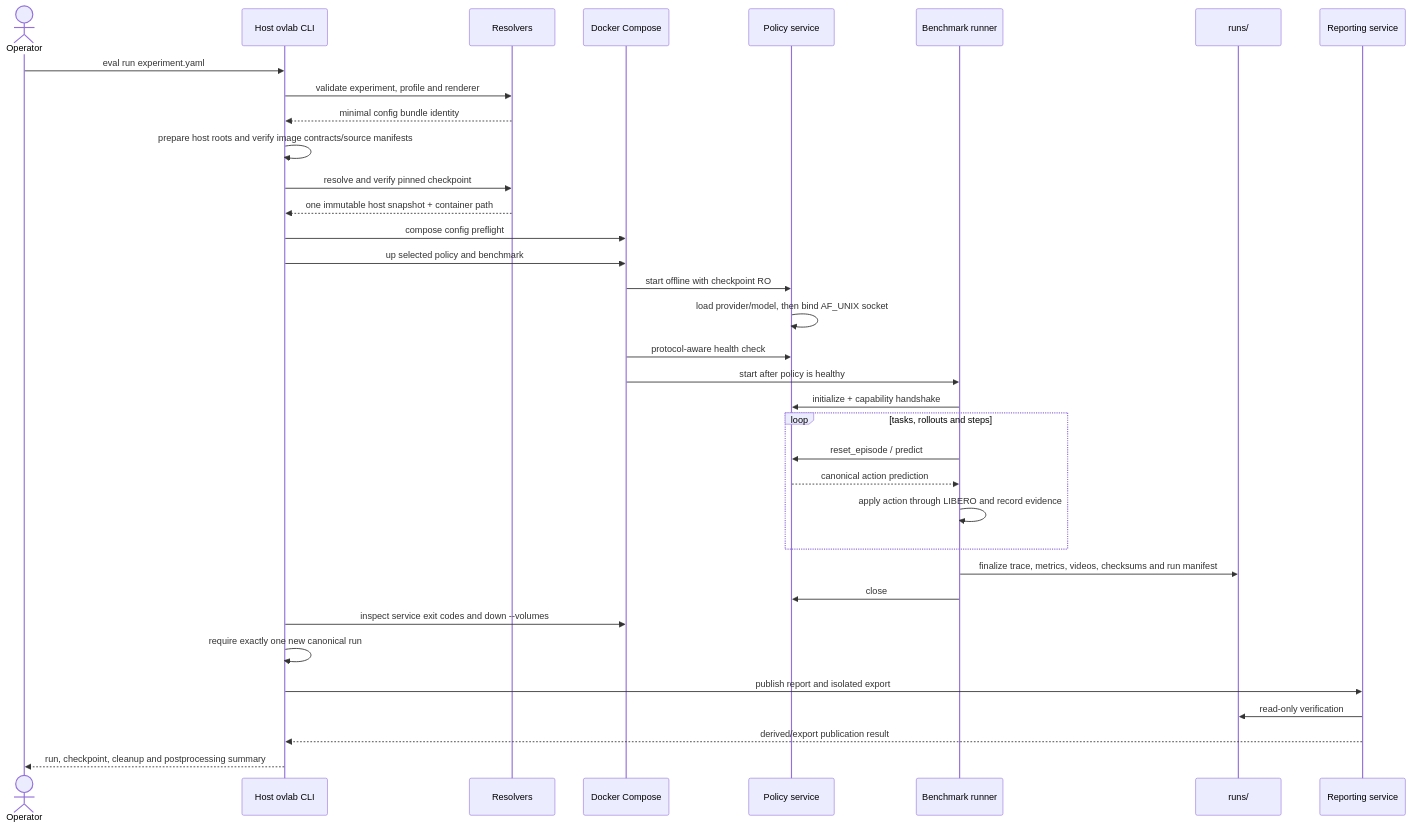
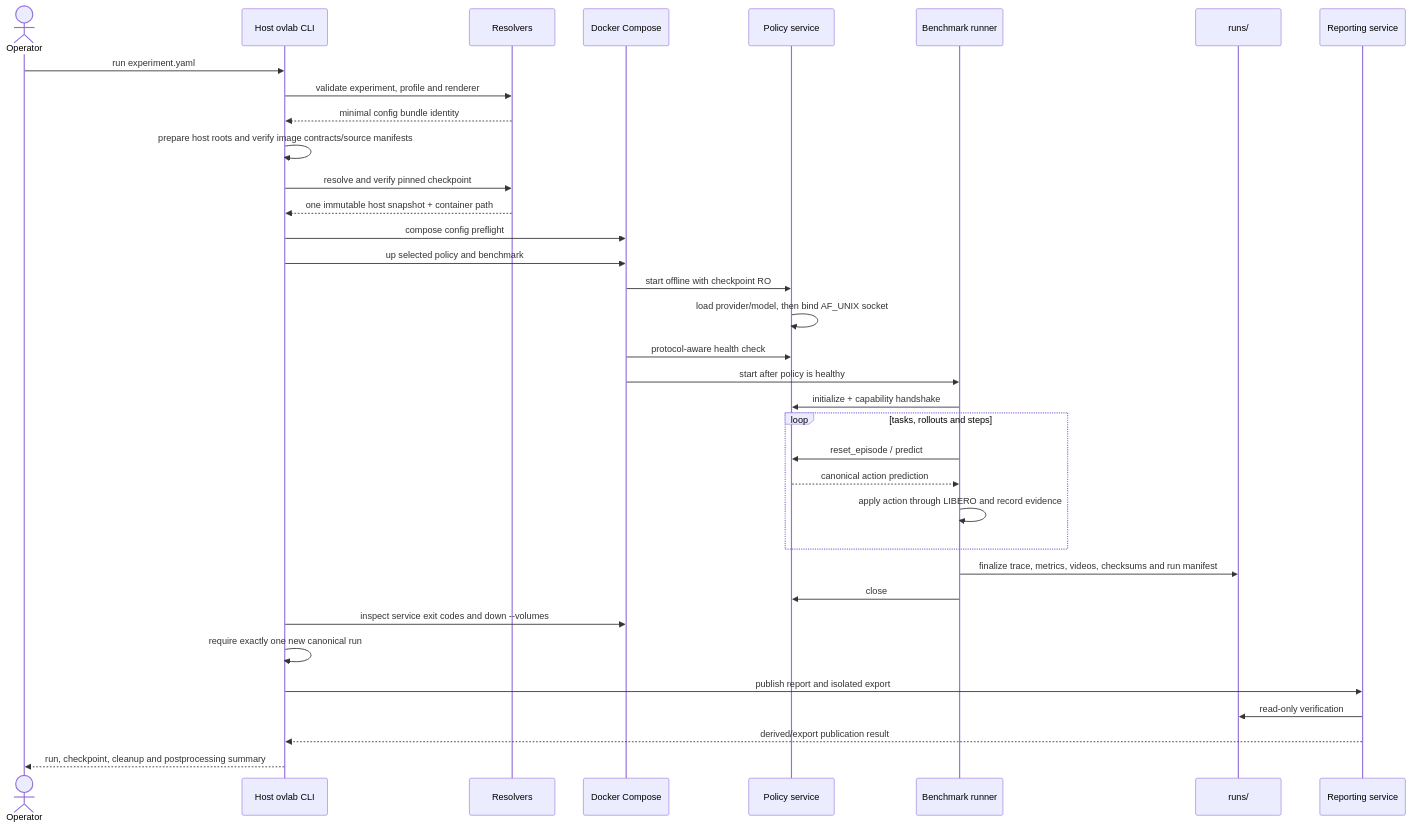
The fifth of 9 diagrams in ARCHITECTURE.md (kon0327/ovlab), drawn with Mermaid before and after one commit. The commit also changed 51 other files, not shown here.

````diff
--- a/ARCHITECTURE.md
+++ b/ARCHITECTURE.md
@@ -298,38 +298,38 @@
 ```mermaid
 sequenceDiagram
     actor U as Operator
     participant C as Host ovlab CLI
     participant R as Resolvers
     participant D as Docker Compose
     participant P as Policy service
     participant B as Benchmark runner
     participant S as runs/
     participant O as Reporting service
 
-    U->>C: eval run experiment.yaml
+    U->>C: run experiment.yaml
     C->>R: validate experiment, profile and renderer
     R-->>C: minimal config bundle identity
     C->>C: prepare host roots and verify image contracts/source manifests
     C->>R: resolve and verify pinned checkpoint
     R-->>C: one immutable host snapshot + container path
     C->>D: compose config preflight
     C->>D: up selected policy and benchmark
     D->>P: start offline with checkpoint RO
     P->>P: load provider/model, then bind AF_UNIX socket
     D->>P: protocol-aware health check
     D->>B: start after policy is healthy
     B->>P: initialize + capability handshake
     loop tasks, rollouts and steps
         B->>P: reset_episode / predict
         P-->>B: canonical action prediction
         B->>B: apply action through LIBERO and record evidence
     end
     B->>S: finalize trace, metrics, videos, checksums and run manifest
     B->>P: close
     C->>D: inspect service exit codes and down --volumes
     C->>C: require exactly one new canonical run
     C->>O: publish report and isolated export
     O->>S: read-only verification
     O-->>C: derived/export publication result
     C-->>U: run, checkpoint, cleanup and postprocessing summary
 ```
````
